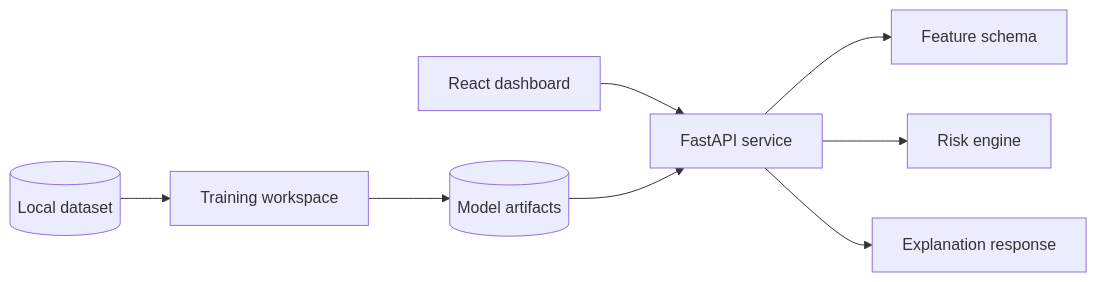
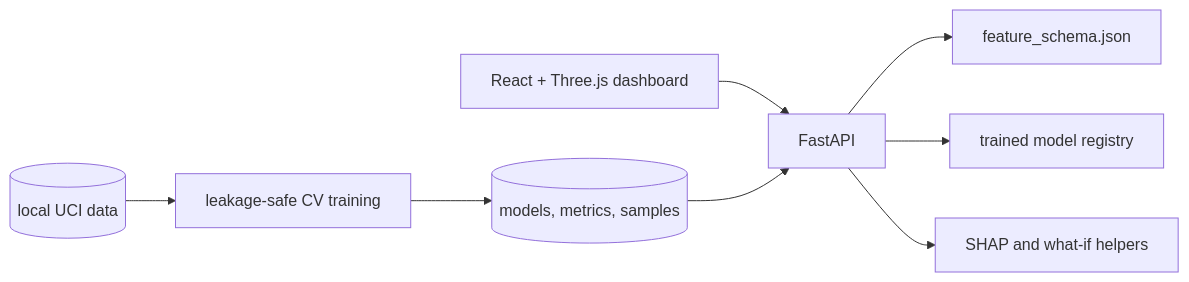
One commit to sundram-yadav/HRIDAYA.AI changed the diagram in README.md. Above: the diagram before and after it, drawn with Mermaid. The commit also changed other lines of this file and 65 other files, not shown here.

````diff
--- a/README.md
+++ b/README.md
@@ -167,10 +155,10 @@
 ```mermaid
 flowchart LR
-  UI[React dashboard] --> API[FastAPI service]
-  API --> Schema[Feature schema]
-  API --> Risk[Risk engine]
-  API --> Explain[Explanation response]
-  Dataset[(Local dataset)] --> ML[Training workspace]
-  ML --> Artifacts[(Model artifacts)]
+  UI[React + Three.js dashboard] --> API[FastAPI]
+  API --> Schema[feature_schema.json]
+  API --> Registry[trained model registry]
+  API --> Explain[SHAP and what-if helpers]
+  Dataset[(local UCI data)] --> ML[leakage-safe CV training]
+  ML --> Artifacts[(models, metrics, samples)]
   Artifacts --> API
 ```
````
